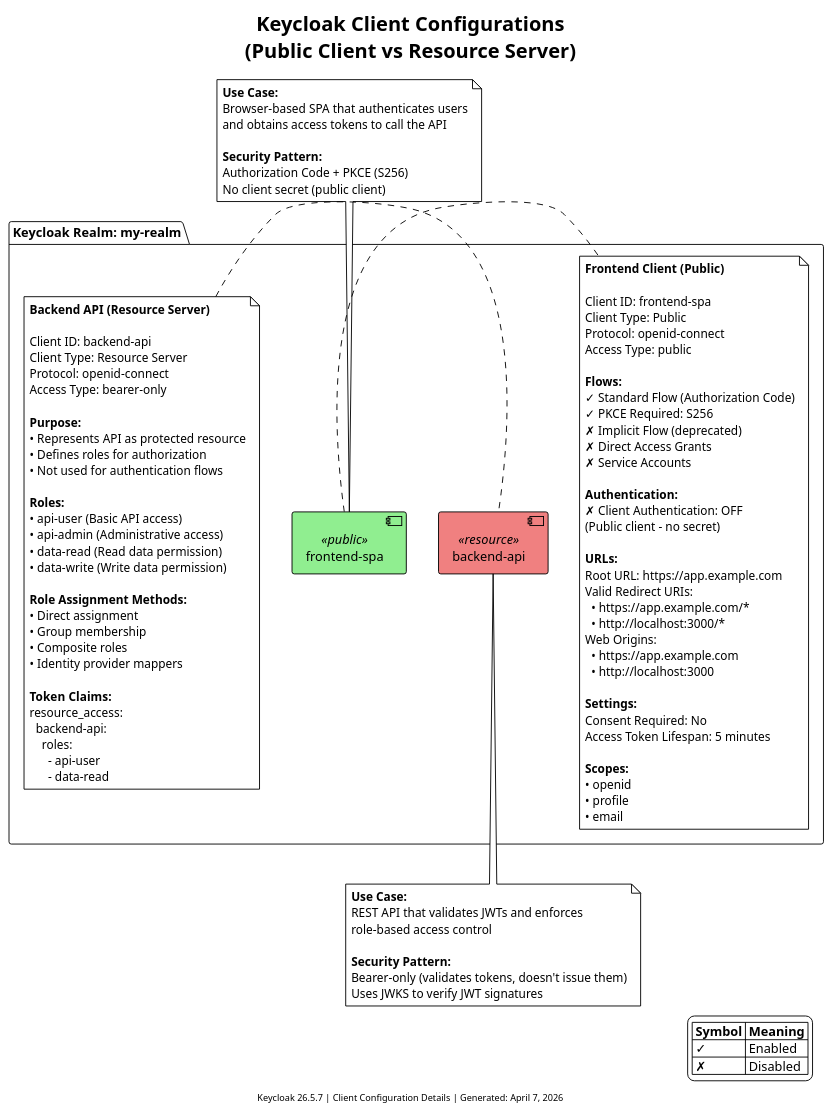
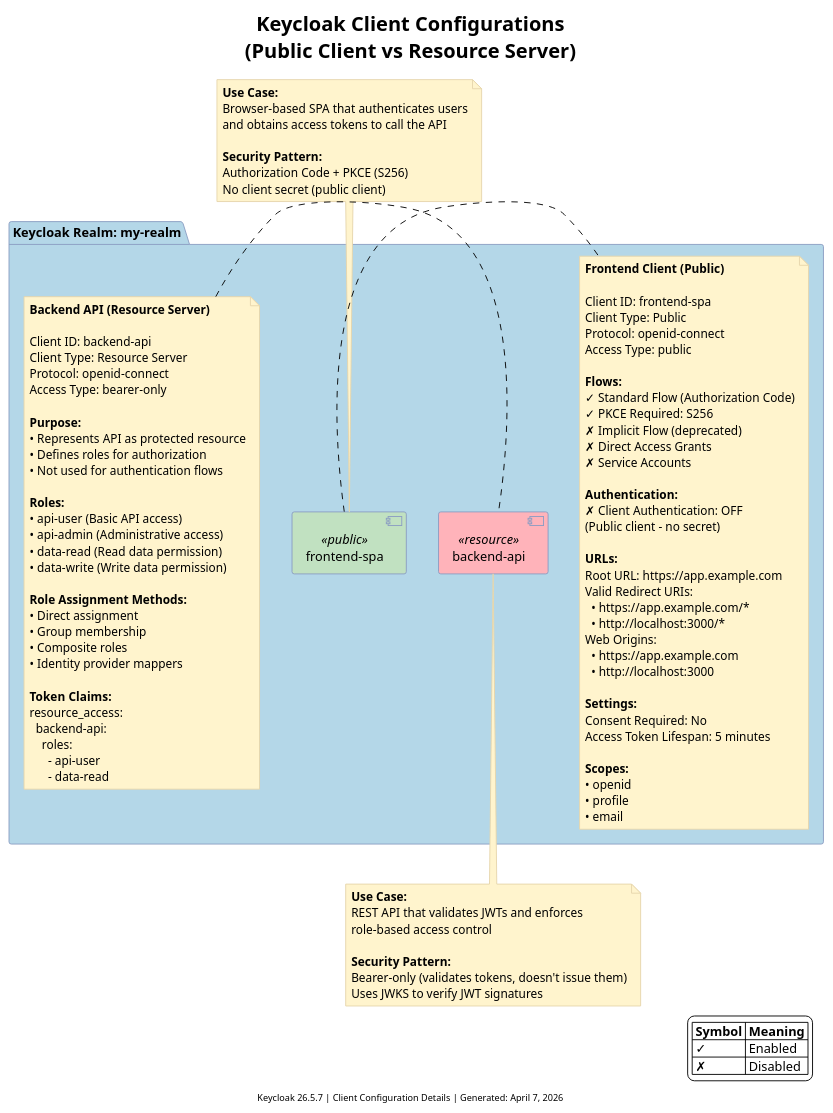
The diagram in documentation/diagrams/keycloak-client-configuration.puml (tijapavicic/avro-rest-service), drawn with PlantUML before and after one commit. The commit also changed 17 other files, not shown here.

Commit message:
diagrams

```diff
--- a/documentation/diagrams/keycloak-client-configuration.puml
+++ b/documentation/diagrams/keycloak-client-configuration.puml
@@ -1,122 +1,132 @@
 @startuml keycloak-client-configuration
 !theme plain
 
 skinparam component {
-    BackgroundColor<<public>> LightGreen
-    BackgroundColor<<resource>> LightCoral
-    BorderColor Black
+    BackgroundColor<<public>> #C1E1C1
+    BackgroundColor<<resource>> #FFB3BA
+    BorderColor #8B9DC3
+}
+
+skinparam package {
+    BackgroundColor #B4D7E8
+    BorderColor #8B9DC3
+}
+
+skinparam note {
+    BackgroundColor #FFF4CD
+    BorderColor #E6D5AC
 }
 
 title Keycloak Client Configurations\n(Public Client vs Resource Server)
 
 package "Keycloak Realm: my-realm" {
 
     component "frontend-spa" <<public>> as frontend {
     }
 
     note right of frontend
         **Frontend Client (Public)**
 
         Client ID: frontend-spa
         Client Type: Public
         Protocol: openid-connect
         Access Type: public
 
         **Flows:**
         ✓ Standard Flow (Authorization Code)
         ✓ PKCE Required: S256
         ✗ Implicit Flow (deprecated)
         ✗ Direct Access Grants
         ✗ Service Accounts
 
         **Authentication:**
         ✗ Client Authentication: OFF
         (Public client - no secret)
 
         **URLs:**
         Root URL: https://app.example.com
         Valid Redirect URIs:
           • https://app.example.com/*
           • http://localhost:3000/*
         Web Origins:
           • https://app.example.com
           • http://localhost:3000
 
         **Settings:**
         Consent Required: No
         Access Token Lifespan: 5 minutes
 
         **Scopes:**
         • openid
         • profile
         • email
     end note
 
     component "backend-api" <<resource>> as backend {
     }
 
     note left of backend
         **Backend API (Resource Server)**
 
         Client ID: backend-api
         Client Type: Resource Server
         Protocol: openid-connect
         Access Type: bearer-only
 
         **Purpose:**
         • Represents API as protected resource
         • Defines roles for authorization
         • Not used for authentication flows
 
         **Roles:**
         • api-user (Basic API access)
         • api-admin (Administrative access)
         • data-read (Read data permission)
         • data-write (Write data permission)
 
         **Role Assignment Methods:**
         • Direct assignment
         • Group membership
         • Composite roles
         • Identity provider mappers
 
         **Token Claims:**
         resource_access:
           backend-api:
             roles:
               - api-user
               - data-read
     end note
 }
 
 note top of frontend
     **Use Case:**
     Browser-based SPA that authenticates users
     and obtains access tokens to call the API
 
     **Security Pattern:**
     Authorization Code + PKCE (S256)
     No client secret (public client)
 end note
 
 note bottom of backend
     **Use Case:**
     REST API that validates JWTs and enforces
     role-based access control
 
     **Security Pattern:**
     Bearer-only (validates tokens, doesn't issue them)
     Uses JWKS to verify JWT signatures
 end note
 
 frontend -[hidden]right-> backend
 
 legend right
     |= Symbol |= Meaning |
     | ✓ | Enabled |
     | ✗ | Disabled |
 endlegend
 
 footer Keycloak 26.5.7 | Client Configuration Details | Generated: April 7, 2026
 
 @enduml
```
